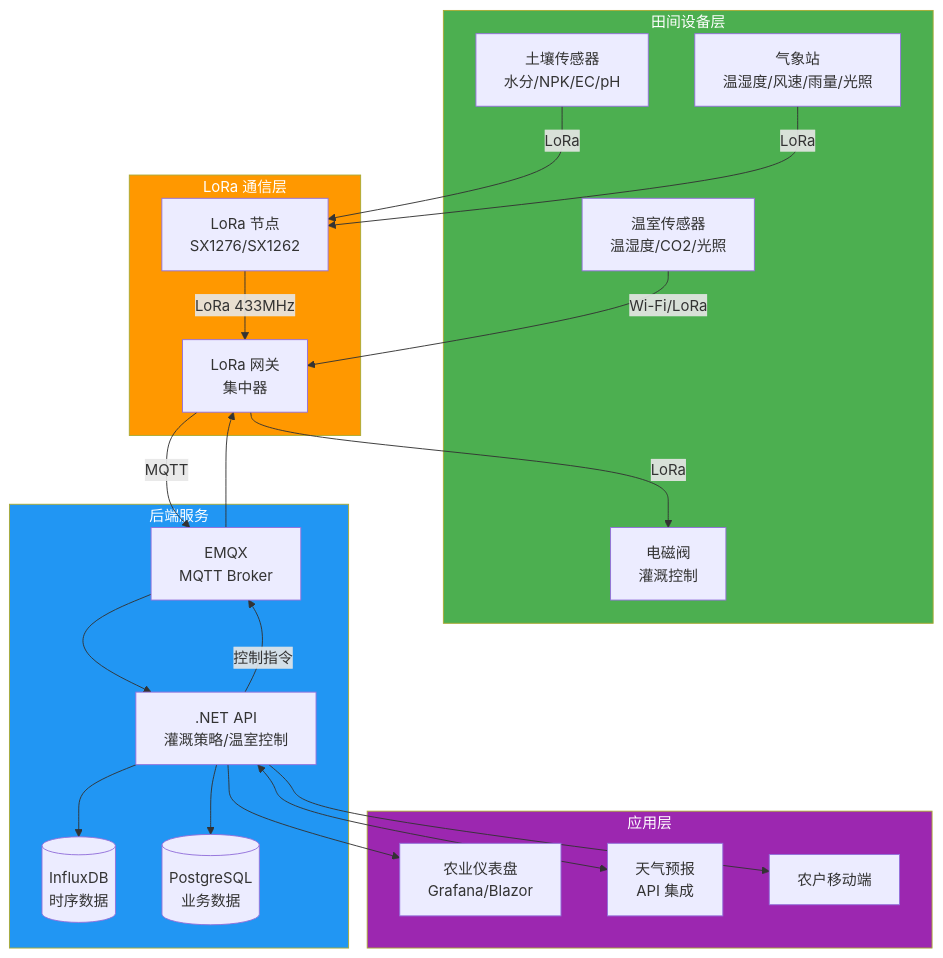
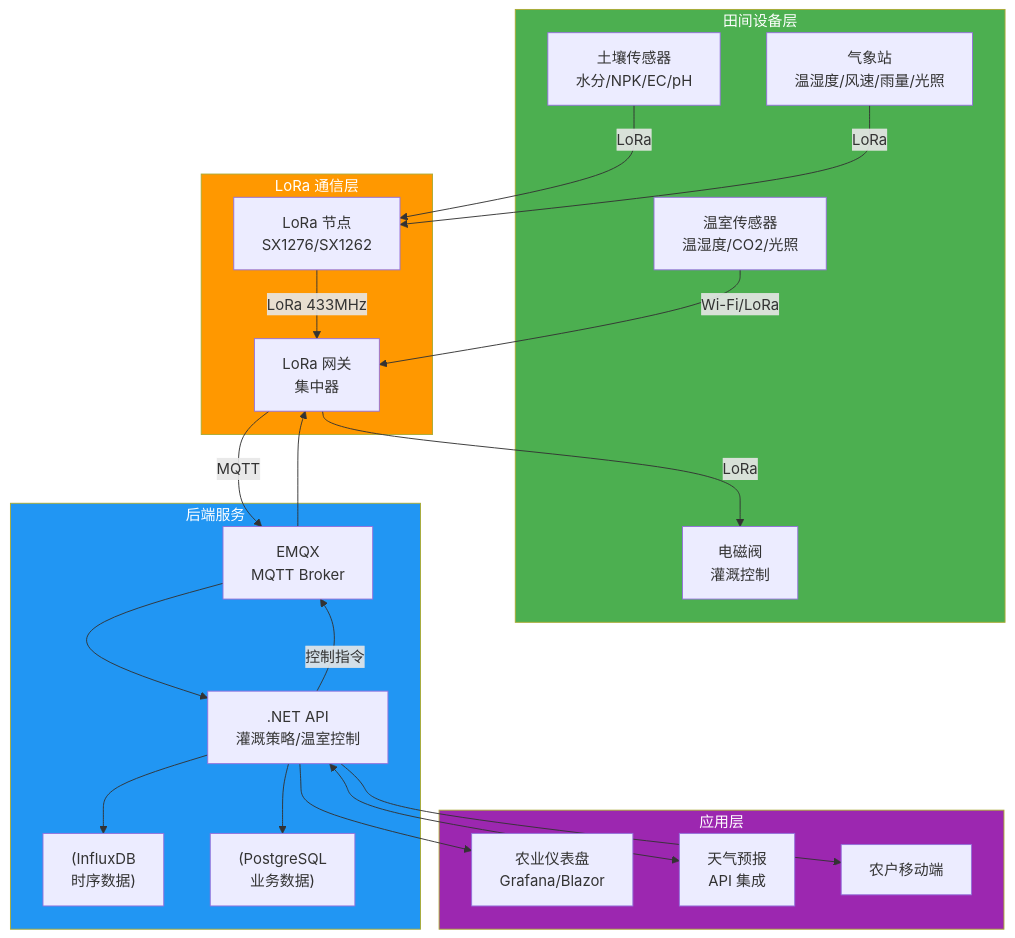
Before and after one commit to moklgydocs/moklgydocs.github.io: the first of 3 diagrams in src/后端开发/DotNet_IoT/09_生产级项目实战/03_智慧农业物联网.md, drawn with Mermaid. The commit also changed other lines of this file and 178 other files, not shown here.

First line of the commit message:
fix: 修复 mermaid 图表语法错误 - 为含 <br/> 的标签添加引号、修复未闭合引号

````diff
--- a/src/后端开发/DotNet_IoT/09_生产级项目实战/03_智慧农业物联网.md
+++ b/src/后端开发/DotNet_IoT/09_生产级项目实战/03_智慧农业物联网.md
@@ -23,44 +23,44 @@
 ```mermaid
 flowchart TB
     subgraph FIELD["田间设备层"]
-        SOIL[土壤传感器<br/>水分/NPK/EC/pH]
-        WEATHER[气象站<br/>温湿度/风速/雨量/光照]
-        VALVE[电磁阀<br/>灌溉控制]
-        GREEN[温室传感器<br/>温湿度/CO2/光照]
+        SOIL["土壤传感器<br/>水分/NPK/EC/pH"]
+        WEATHER["气象站<br/>温湿度/风速/雨量/光照"]
+        VALVE["电磁阀<br/>灌溉控制"]
+        GREEN["温室传感器<br/>温湿度/CO2/光照"]
     end
 
     subgraph LORA["LoRa 通信层"]
-        NODE[LoRa 节点<br/>SX1276/SX1262]
-        GW_LORA[LoRa 网关<br/>集中器]
+        NODE["LoRa 节点<br/>SX1276/SX1262"]
+        GW_LORA["LoRa 网关<br/>集中器"]
     end
 
     subgraph CLOUD["后端服务"]
-        API[.NET API<br/>灌溉策略/温室控制]
-        DB[(InfluxDB<br/>时序数据)]
-        PG[(PostgreSQL<br/>业务数据)]
-        MQ[EMQX<br/>MQTT Broker]
+        API[".NET API<br/>灌溉策略/温室控制"]
+        DB["(InfluxDB<br/>时序数据)"]
+        PG["(PostgreSQL<br/>业务数据)"]
+        MQ["EMQX<br/>MQTT Broker"]
     end
 
     subgraph APP["应用层"]
-        DASH[农业仪表盘<br/>Grafana/Blazor]
-        WEATHER_API[天气预报<br/>API 集成]
+        DASH["农业仪表盘<br/>Grafana/Blazor"]
+        WEATHER_API["天气预报<br/>API 集成"]
         MOBILE[农户移动端]
     end
 
     SOIL & WEATHER -->|LoRa| NODE
     NODE -->|LoRa 433MHz| GW_LORA
     GREEN -->|Wi-Fi/LoRa| GW_LORA
     GW_LORA -->|MQTT| MQ
     MQ --> API
     API --> DB & PG
     API --> DASH & MOBILE
     API -->|控制指令| MQ
     MQ --> GW_LORA
     GW_LORA -->|LoRa| VALVE
     API <--> WEATHER_API
 
     style FIELD fill:#4CAF50,color:#fff
     style LORA fill:#FF9800,color:#fff
     style CLOUD fill:#2196F3,color:#fff
     style APP fill:#9C27B0,color:#fff
 ```
````
